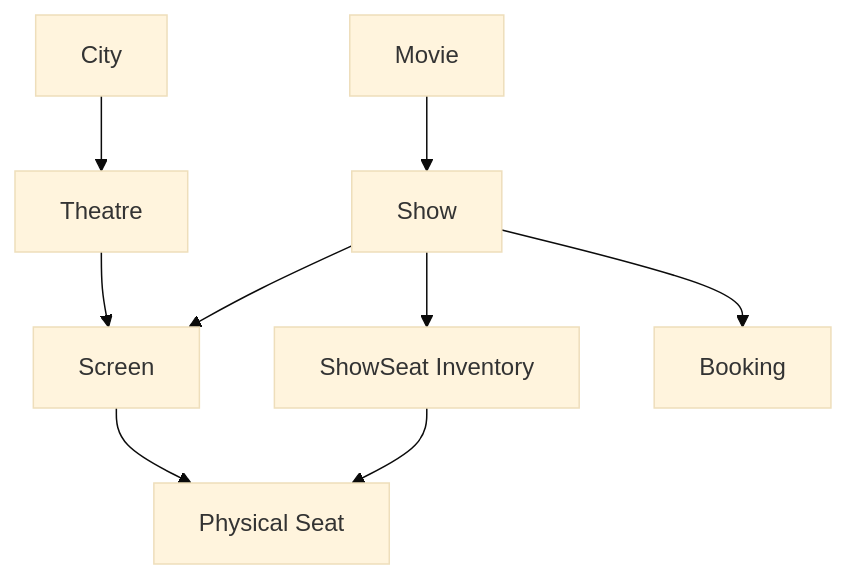
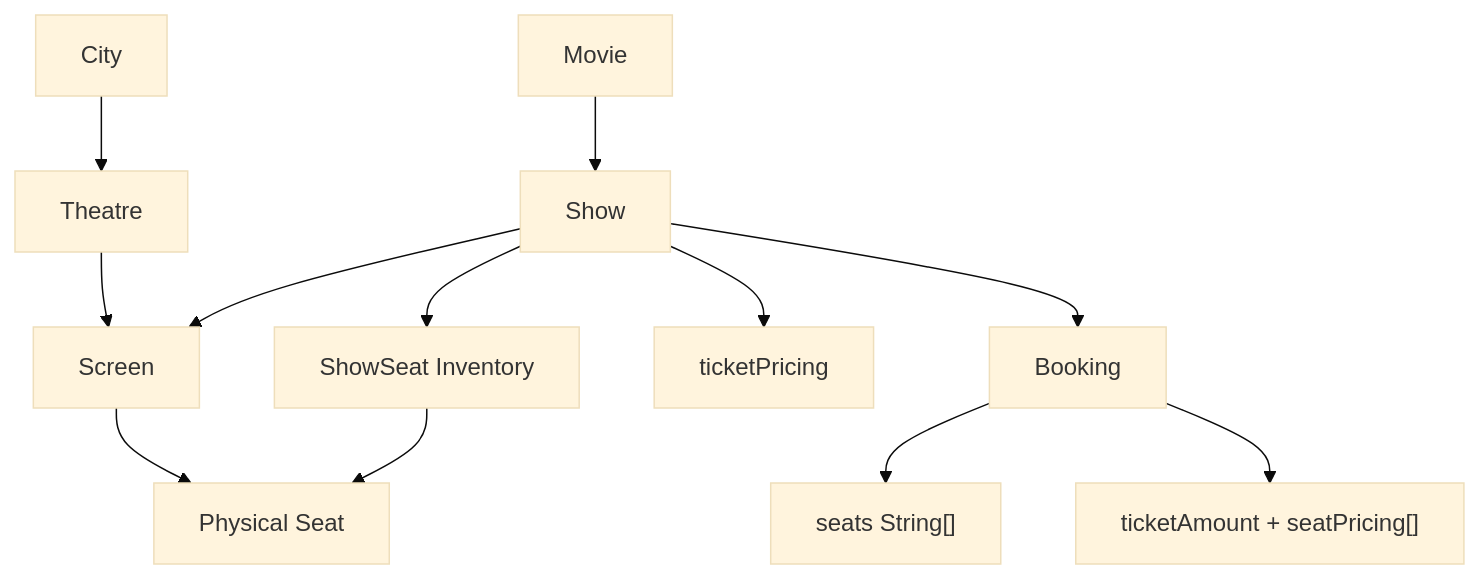
The fourth of 9 diagrams in docs/DIAGRAMS.md (Shravan-509/BookMyShow), drawn with Mermaid (base theme) before and after one commit. The commit also changed other lines of this file and 13 other files, not shown here.

Commit message:
docs(show-seats): document Phase 4B booking and pricing integration

````diff
--- a/docs/DIAGRAMS.md
+++ b/docs/DIAGRAMS.md
@@ -43,11 +43,14 @@
 ```mermaid
 flowchart TD
     City["City"] --> Theatre["Theatre"]
     Theatre --> Screen["Screen"]
     Screen --> Seat["Physical Seat"]
     Movie["Movie"] --> Show["Show"]
     Show --> Screen
     Show --> ShowSeat["ShowSeat Inventory"]
     ShowSeat --> Seat
+    Show --> Pricing["ticketPricing"]
     Show --> Booking["Booking"]
+    Booking --> BookingSeats["seats String[]"]
+    Booking --> BookingPricing["ticketAmount + seatPricing[]"]
 ```
````
